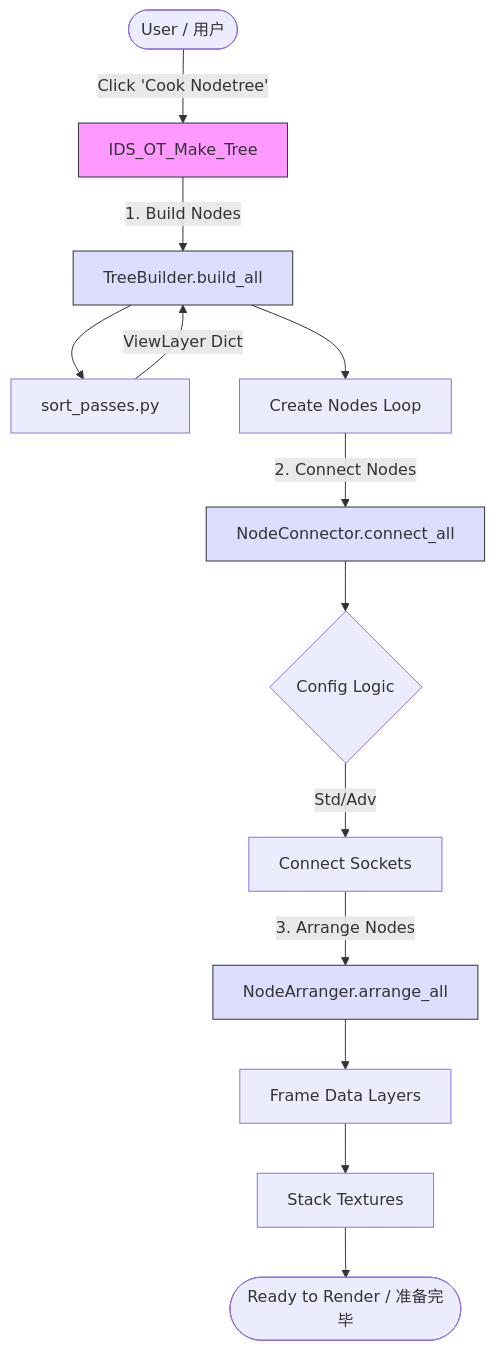
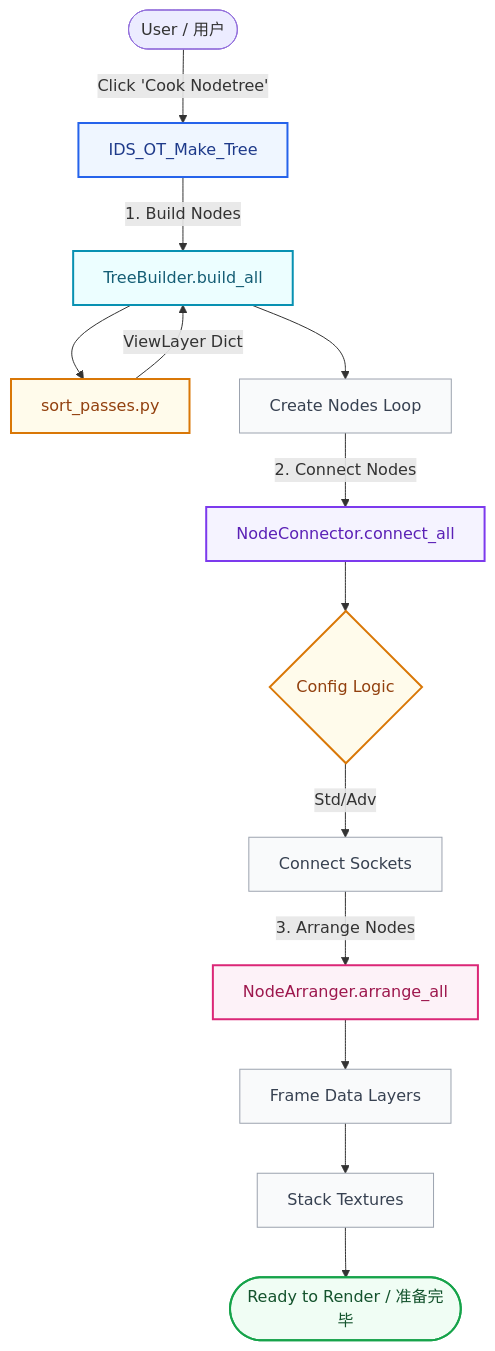
The diagram in ARCHITECTURE.md (RolandVyens/Industrial-AOV-Connector), drawn with Mermaid before and after one commit.

````diff
--- a/ARCHITECTURE.md
+++ b/ARCHITECTURE.md
@@ -110,27 +110,31 @@
 ```mermaid
 graph TD
-    User([User / 用户]) -->|Click 'Cook Nodetree'| Start[IDS_OT_Make_Tree]
+    %% Define Modern Color Palette
+    classDef start fill:#eff6ff,stroke:#2563eb,stroke-width:2px,color:#1e3a8a
+    classDef phase1 fill:#ecfeff,stroke:#0891b2,stroke-width:2px,color:#155e75
+    classDef phase2 fill:#f5f3ff,stroke:#7c3aed,stroke-width:2px,color:#5b21b6
+    classDef phase3 fill:#fdf2f8,stroke:#db2777,stroke-width:2px,color:#9d174d
+    classDef finish fill:#f0fdf4,stroke:#16a34a,stroke-width:2px,color:#14532d
+    classDef logic fill:#fffbeb,stroke:#d97706,stroke-width:2px,color:#92400e
+    classDef base fill:#f9fafb,stroke:#9ca3af,stroke-width:1px,color:#374151
+
+    User([User / 用户]) -->|Click 'Cook Nodetree'| Start[IDS_OT_Make_Tree]:::start
     
     %% 1. Creation Phase
-    Start -->|1. Build Nodes| Creator[TreeBuilder.build_all]
-    Creator --> Sorter[sort_passes.py]
+    Start -->|1. Build Nodes| Creator[TreeBuilder.build_all]:::phase1
+    Creator --> Sorter[sort_passes.py]:::logic
     Sorter -->|ViewLayer Dict| Creator
-    Creator --> CreateLoop[Create Nodes Loop]
+    Creator --> CreateLoop[Create Nodes Loop]:::base
     
     %% 2. Connection Phase
-    CreateLoop -->|2. Connect Nodes| Connector[NodeConnector.connect_all]
-    Connector --> LinkLogic{Config Logic}
-    LinkLogic -->|Std/Adv| ConnectLinks[Connect Sockets]
+    CreateLoop -->|2. Connect Nodes| Connector[NodeConnector.connect_all]:::phase2
+    Connector --> LinkLogic{Config Logic}:::logic
+    LinkLogic -->|Std/Adv| ConnectLinks[Connect Sockets]:::base
     
     %% 3. Arrangement Phase
-    ConnectLinks -->|3. Arrange Nodes| Arranger[NodeArranger.arrange_all]
-    Arranger --> Frame[Frame Data Layers]
-    Frame --> Stack[Stack Textures]
+    ConnectLinks -->|3. Arrange Nodes| Arranger[NodeArranger.arrange_all]:::phase3
+    Arranger --> Frame[Frame Data Layers]:::base
+    Frame --> Stack[Stack Textures]:::base
     
-    Stack --> Finish([Ready to Render / 准备完毕])
-
-    style Start fill:#f9f,stroke:#333
-    style Creator fill:#ddf,stroke:#333
-    style Connector fill:#ddf,stroke:#333
-    style Arranger fill:#ddf,stroke:#333
+    Stack --> Finish([Ready to Render / 准备完毕]):::finish
 ```
````
